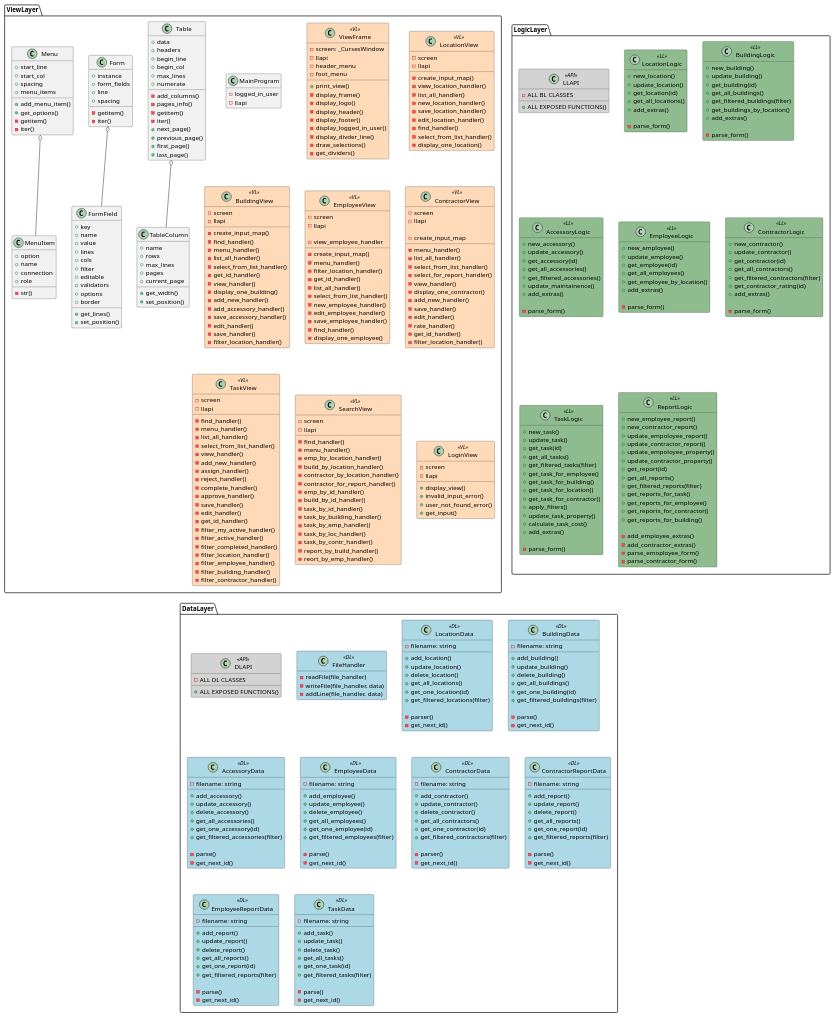
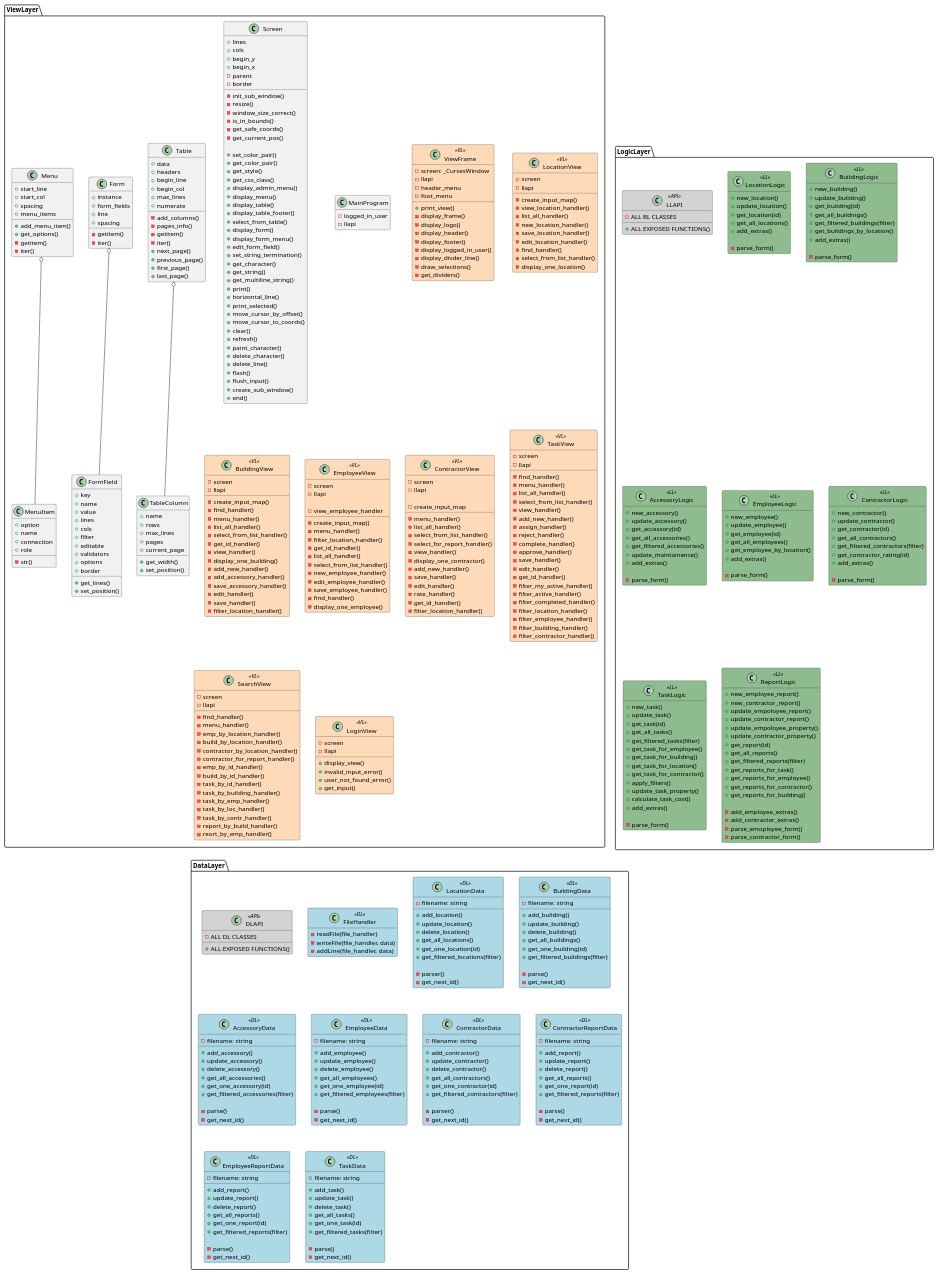
One commit to finnure/Verklegt1-H1-2021 changed the diagram in docs/uml/3-tier_class.puml. Above: the diagram before and after it, drawn with PlantUML. The commit also changed 2 other files, not shown here.

```diff
--- a/docs/uml/3-tier_class.puml
+++ b/docs/uml/3-tier_class.puml
@@ -9,7 +9,8 @@
 }
 
 package ViewLayer {
-  Class Table {
+
+    Class Table {
     + data
     + headers
     + begin_line
@@ -88,6 +89,53 @@
   }
 
   Menu o-- MenuItem
+
+  Class Screen {
+    + lines
+    + cols
+    + begin_y
+    + begin_x
+    - parent
+    - border
+
+    - init_sub_window()
+    - resize()
+    - window_size_correct()
+    - is_in_bounds()
+    - get_safe_coords()
+    - get_current_pos()
+
+    + set_color_pair()
+    + get_color_pair()
+    + get_style()
+    + get_css_class()
+    + display_admin_menu()
+    + display_menu()
+    + display_table()
+    + display_table_footer()
+    + select_from_table()
+    + display_form()
+    + display_form_menu()
+    + edit_form_field()
+    + set_string_termination()
+    + get_character()
+    + get_string()
+    + get_multiline_string()
+    + print()
+    + horizontal_line()
+    + print_selected()
+    + move_cursor_by_offset()
+    + move_cursor_to_coords()
+    + clear()
+    + refresh()
+    + paint_character()
+    + delete_character()
+    + delete_line()
+    + flash()
+    + flush_input()
+    + create_sub_window()
+    + end()
+  }
 
   Class MainProgram {
     - logged_in_user
```
